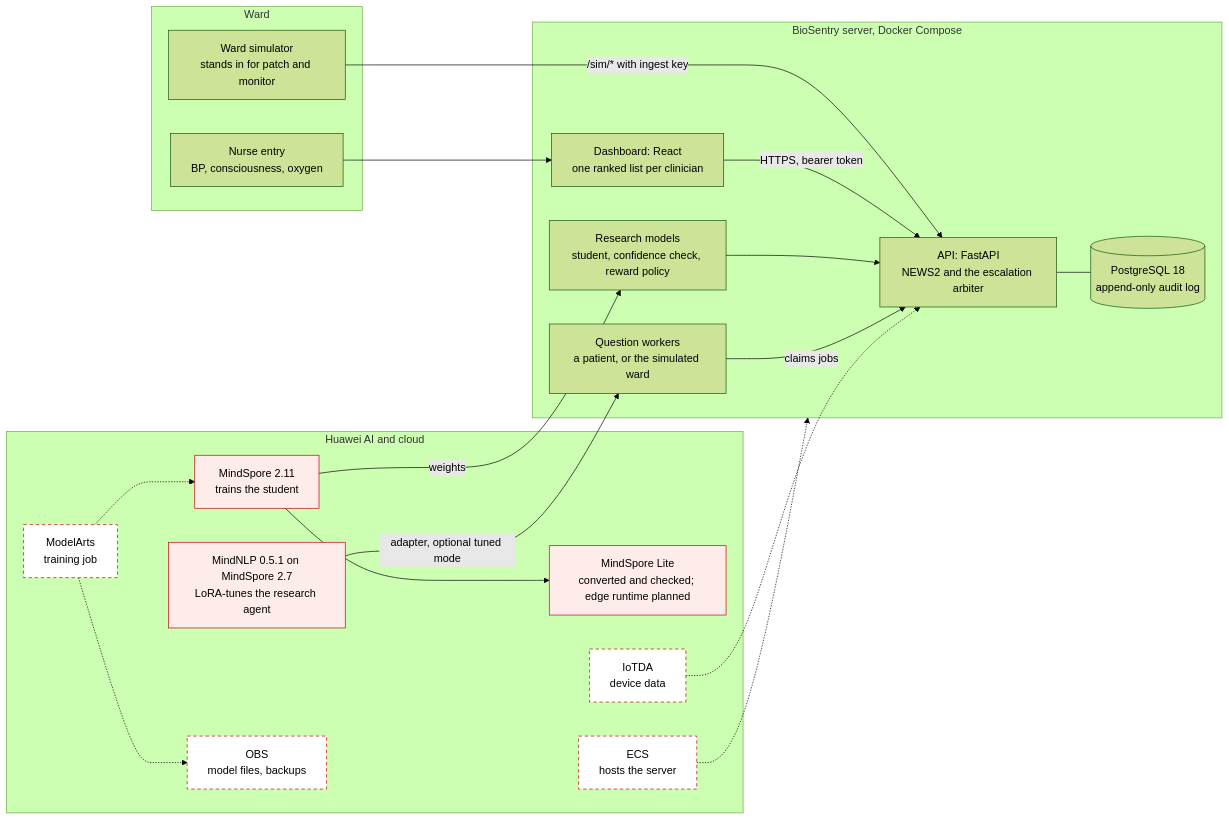
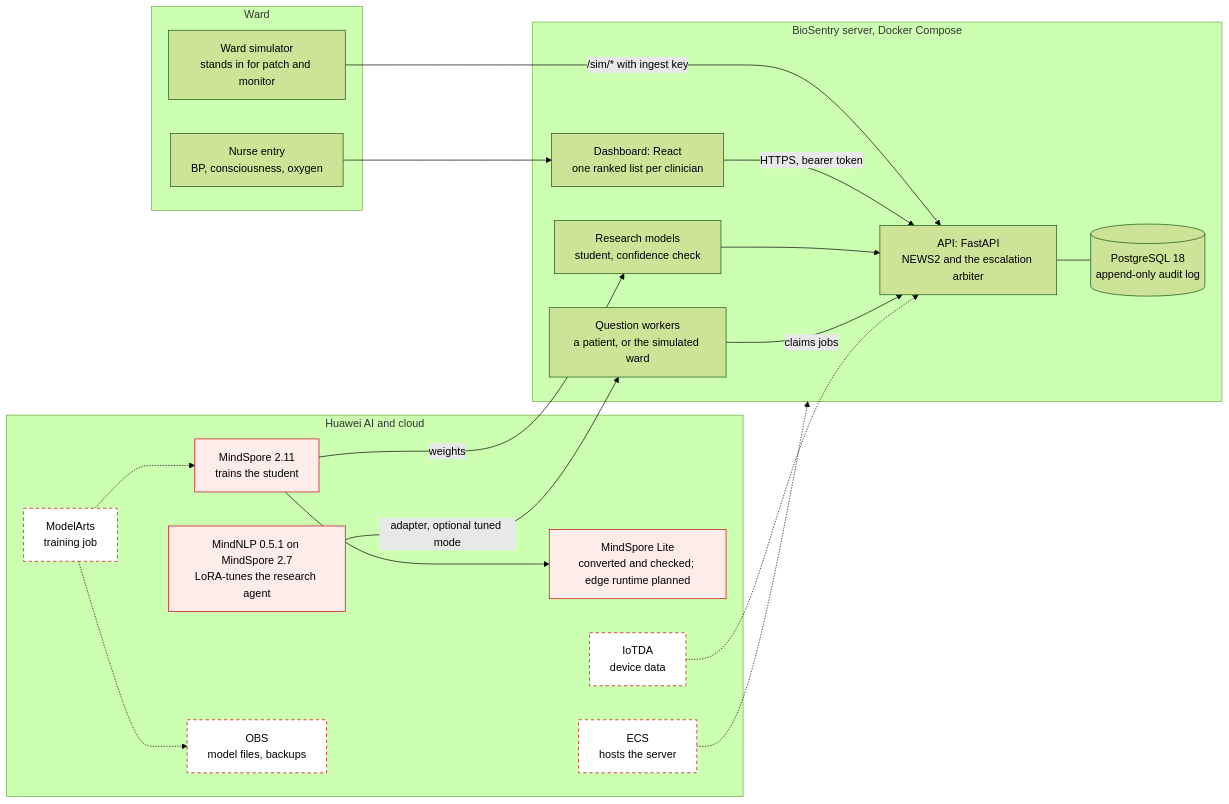
The diagram in README.md (kitchen-station/BioSentry-Intelligence), drawn with Mermaid (forest theme) before and after one commit. The commit also changed other lines of this file and 33 other files, not shown here.

Commit message:
feat: the reward policy is no longer a model flag; the student with its confidence check is the only one

````diff
--- a/README.md
+++ b/README.md
@@ -81,40 +81,40 @@
 ```mermaid
 flowchart LR
   subgraph ward["Ward"]
     sim["Ward simulator<br/>stands in for patch and monitor"]
     nurse["Nurse entry<br/>BP, consciousness, oxygen"]
   end
   subgraph server["BioSentry server, Docker Compose"]
     api["API: FastAPI<br/>NEWS2 and the escalation arbiter"]
-    models["Research models<br/>student, confidence check, reward policy"]
+    models["Research models<br/>student, confidence check"]
     db[("PostgreSQL 18<br/>append-only audit log")]
     web["Dashboard: React<br/>one ranked list per clinician"]
     agent["Question workers<br/>a patient, or the simulated ward"]
   end
   subgraph huawei["Huawei AI and cloud"]
     ms["MindSpore 2.11<br/>trains the student"]
     lite["MindSpore Lite<br/>converted and checked; edge runtime planned"]
     nlp["MindNLP 0.5.1 on MindSpore 2.7<br/>LoRA-tunes the research agent"]
     ma["ModelArts<br/>training job"]
     obs["OBS<br/>model files, backups"]
     ecs["ECS<br/>hosts the server"]
     iot["IoTDA<br/>device data"]
   end
   sim -- "/sim/* with ingest key" --> api
   nurse --> web
   web -- "HTTPS, bearer token" --> api
   api --- db
   models --> api
   ms -- "weights" --> models
   ms --> lite
   agent -- "claims jobs" --> api
   nlp -- "adapter, optional tuned mode" --> agent
   ma -.-> ms
   ma -.-> obs
   ecs -.-> server
   iot -.-> api
   classDef used fill:#fdecea,stroke:#c7000b,color:#000
   classDef planned fill:#ffffff,stroke:#c7000b,stroke-dasharray:5 4,color:#000
   class ms,lite,nlp used
   class ma,obs,ecs,iot planned
 ```
````
